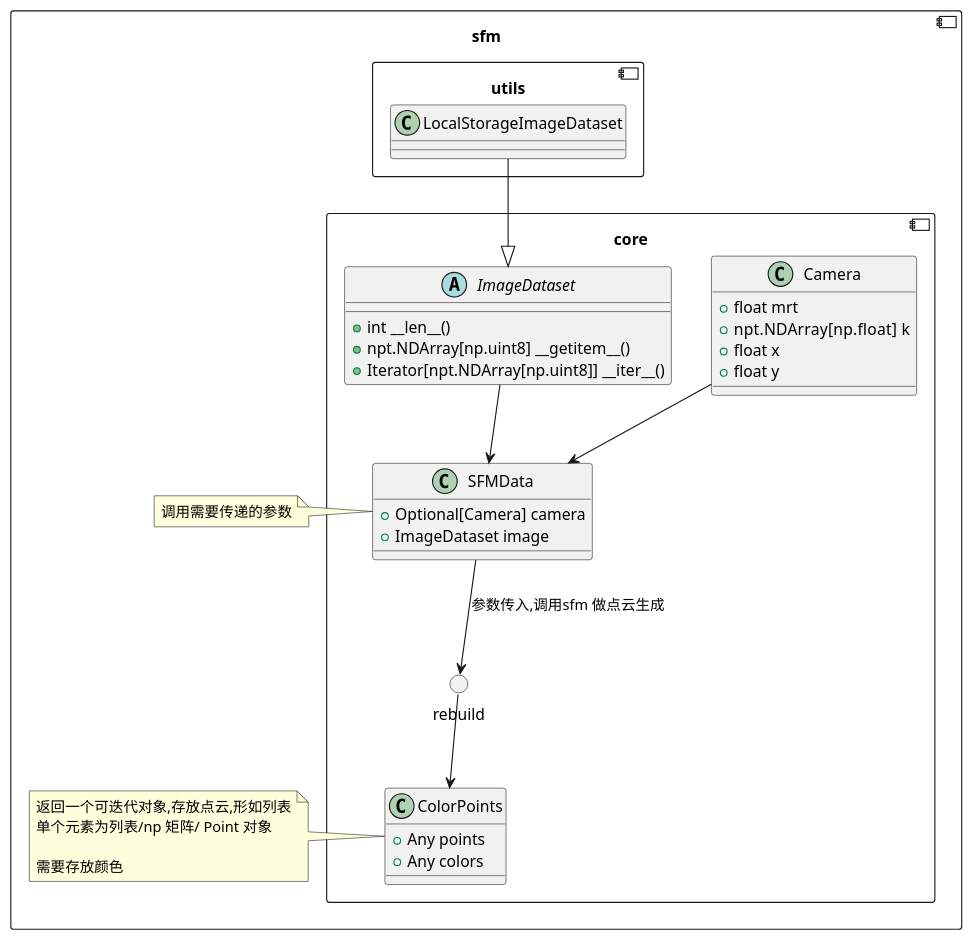
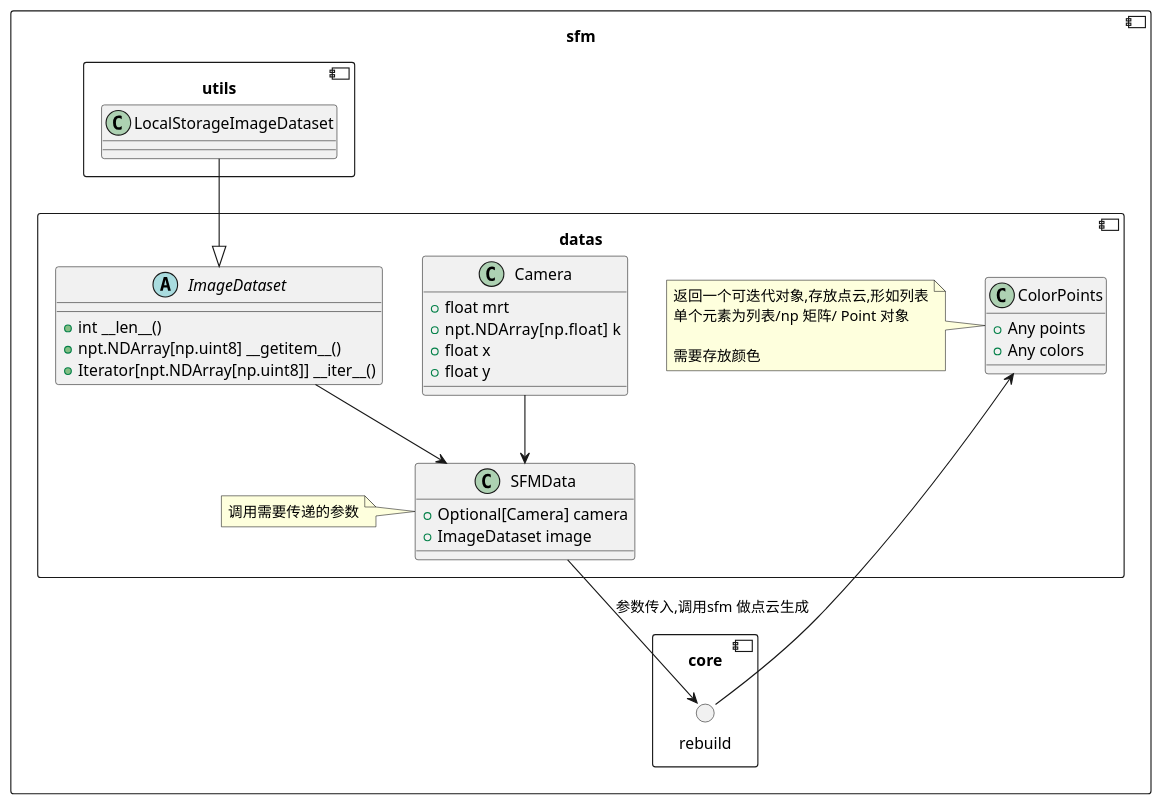
Before and after one commit to lanhao945/SFM: the diagram in docs/设计文档.md, drawn with PlantUML.

Commit message:
docs(组件): 调整组件结构

````diff
--- a/docs/设计文档.md
+++ b/docs/设计文档.md
@@ -5,58 +5,58 @@
 ```plantuml
 @startuml
 component sfm{
     component core{
+        () "rebuild" as sfm_call
+    }
+    component datas{
         class Camera{
             + float mrt
             + npt.NDArray[np.float]  k
             + float x
             + float y
         }
         
         abstract ImageDataset{
             + int __len__()
             + npt.NDArray[np.uint8] __getitem__()
             + Iterator[npt.NDArray[np.uint8]] __iter__()
         }
         class SFMData{
             + Optional[Camera] camera
             + ImageDataset image
         }
     
         Camera --> SFMData
         ImageDataset --> SFMData
     
-        () "rebuild" as sfm_call
-        
-        SFMData --> sfm_call: 参数传入,调用sfm 做点云生成
-        
         class ColorPoints{
             + Any points
             + Any colors
         }
+        note left of ColorPoints
+        返回一个可迭代对象,存放点云,形如列表
+        单个元素为列表/np 矩阵/ Point 对象
         
-        sfm_call --> ColorPoints
+        需要存放颜色
+        end note
+            
+        note left of SFMData
+        调用需要传递的参数
+        end note
     }
-
-    note left of ColorPoints
-    返回一个可迭代对象,存放点云,形如列表
-    单个元素为列表/np 矩阵/ Point 对象
     
-    需要存放颜色
-    end note
-        
-    note left of SFMData
-    调用需要传递的参数
-    end note
     
     component utils{
     
         class LocalStorageImageDataset{
         }
         LocalStorageImageDataset --|> ImageDataset
     }
+    
+    SFMData --> sfm_call: 参数传入,调用sfm 做点云生成
+    sfm_call --> ColorPoints
 }
 
 
 @enduml
 ```
````
